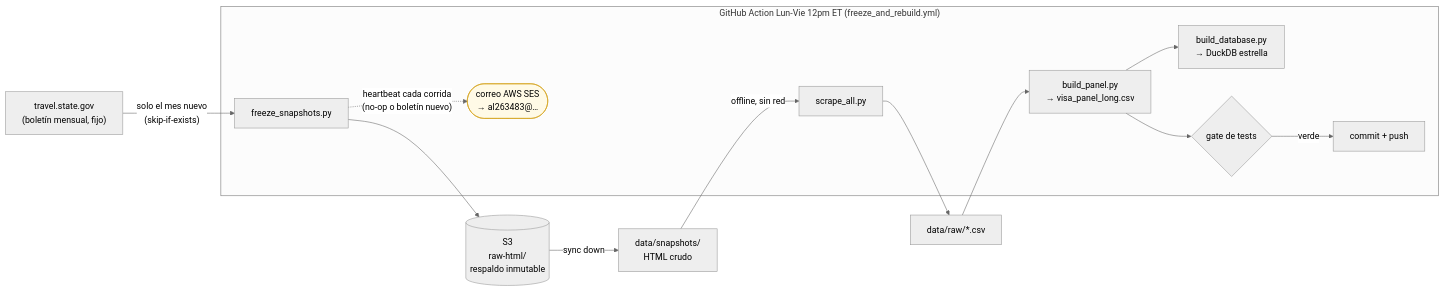
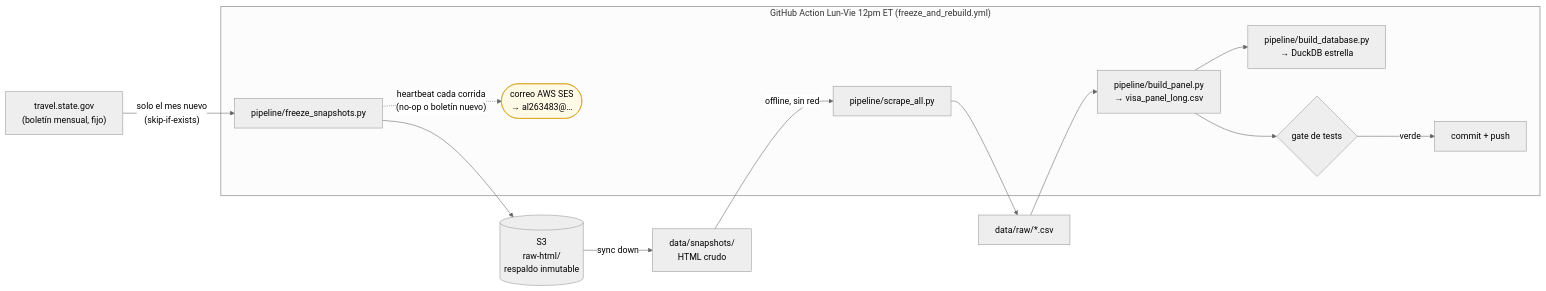
The diagram in README.md (UACJ-MIAAD/VisaPredictAI), drawn with Mermaid (neutral theme) before and after one commit. The commit also changed other lines of this file and 133 other files, not shown here.

````diff
--- a/README.md
+++ b/README.md
@@ -76,24 +81,24 @@
 ```mermaid
 flowchart LR
-    SRC["travel.state.gov<br/>(boletín mensual, fijo)"] -->|"solo el mes nuevo<br/>(skip-if-exists)"| FREEZE[freeze_snapshots.py]
+    SRC["travel.state.gov<br/>(boletín mensual, fijo)"] -->|"solo el mes nuevo<br/>(skip-if-exists)"| FREEZE[pipeline/freeze_snapshots.py]
     FREEZE --> S3[("S3<br/>raw-html/<br/>respaldo inmutable")]
     S3 -->|sync down| SNAP["data/snapshots/<br/>HTML crudo"]
-    SNAP -->|offline, sin red| SCRAPE[scrape_all.py]
+    SNAP -->|offline, sin red| SCRAPE[pipeline/scrape_all.py]
     SCRAPE --> CSV["data/raw/*.csv"]
-    CSV --> PANEL["build_panel.py<br/>→ visa_panel_long.csv"]
-    PANEL --> DB["build_database.py<br/>→ DuckDB estrella"]
+    CSV --> PANEL["pipeline/build_panel.py<br/>→ visa_panel_long.csv"]
+    PANEL --> DB["pipeline/build_database.py<br/>→ DuckDB estrella"]
     PANEL --> GATE{"gate de tests"}
     GATE -->|verde| COMMIT[commit + push]
     FREEZE -.->|"heartbeat cada corrida<br/>(no-op o boletín nuevo)"| SES(["correo AWS SES<br/>→ al263483@…"]):::mail
     classDef mail fill:#fffae6,stroke:#d4a017;
 
     subgraph WF["GitHub Action Lun-Vie 12pm ET (freeze_and_rebuild.yml)"]
         FREEZE
         SCRAPE
         PANEL
         DB
         GATE
         COMMIT
         SES
     end
 ```
````
